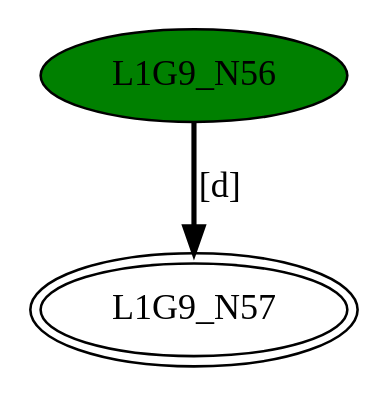
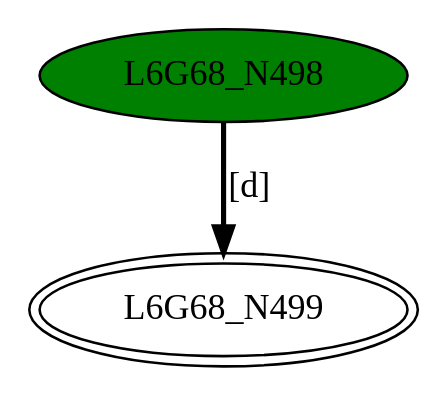
Before and after one commit to GDimitroulakos/EDUFLEX: the diagram in DFASimulator/Testbench/BasicChar_[d].dot, drawn with Graphviz. The commit also changed 192 other files, not shown here.

```diff
--- a/DFASimulator/Testbench/BasicChar_[d].dot
+++ b/DFASimulator/Testbench/BasicChar_[d].dot
@@ -1,5 +1,5 @@
-digraph G9{
-"L1G9_N56" [style=filled,fillcolor=green];
-"L1G9_N57" [peripheries=2];
-"L1G9_N56"->"L1G9_N57" [style = bold, label = "[d]"];
+digraph G68{
+"L6G68_N498" [style=filled,fillcolor=green];
+"L6G68_N499" [peripheries=2];
+"L6G68_N498"->"L6G68_N499" [style = bold, label = "[d]"];
 }
```
